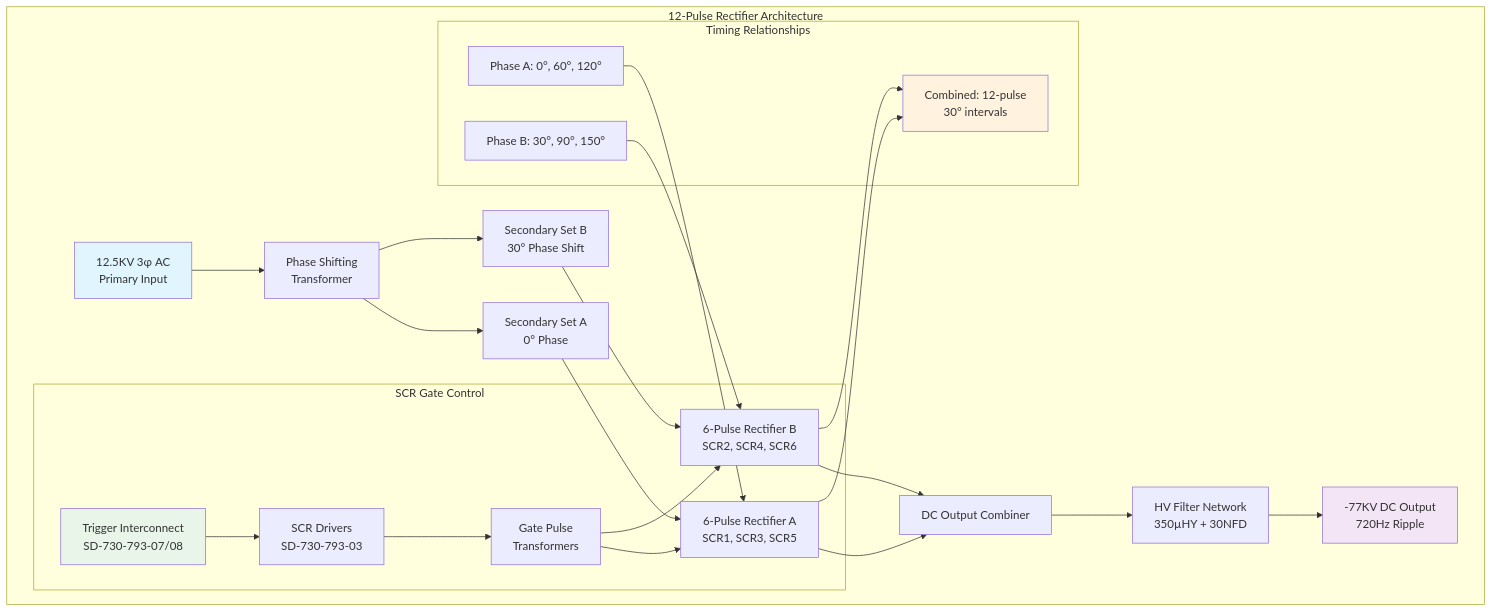
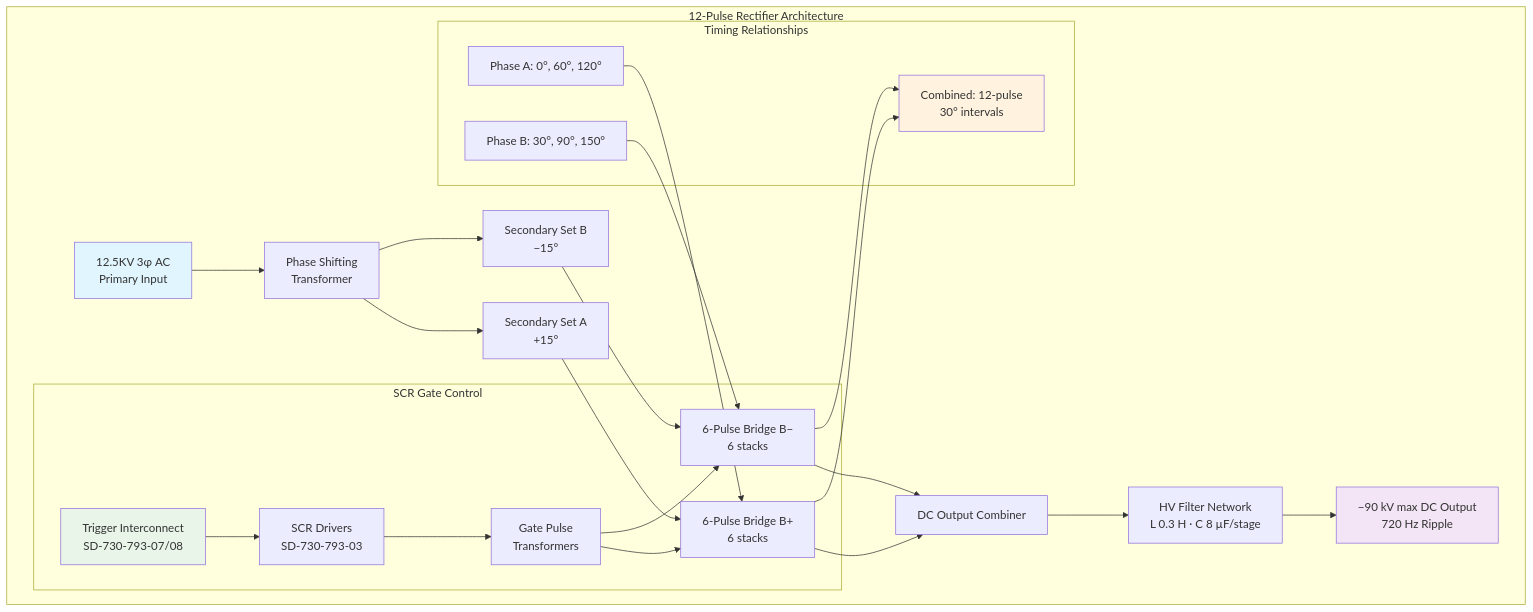
The third of 7 diagrams in hvps/documentation/schematics/technical_notes/00_HVPS_SYSTEM_OVERVIEW.md (fayaw/spearlegacyLLRF), drawn with Mermaid before and after one commit. The commit also changed other lines of this file and 141 other files, not shown here.

````diff
--- a/hvps/documentation/schematics/technical_notes/00_HVPS_SYSTEM_OVERVIEW.md
+++ b/hvps/documentation/schematics/technical_notes/00_HVPS_SYSTEM_OVERVIEW.md
@@ -204,45 +249,45 @@
 ```mermaid
 graph TD
     subgraph "12-Pulse Rectifier Architecture"
         A[12.5KV 3φ AC<br/>Primary Input] --> B[Phase Shifting<br/>Transformer]
         
-        B --> C[Secondary Set A<br/>0° Phase]
-        B --> D[Secondary Set B<br/>30° Phase Shift]
+        B --> C[Secondary Set A<br/>+15°]
+        B --> D[Secondary Set B<br/>−15°]
         
-        C --> E[6-Pulse Rectifier A<br/>SCR1, SCR3, SCR5]
-        D --> F[6-Pulse Rectifier B<br/>SCR2, SCR4, SCR6]
+        C --> E[6-Pulse Bridge B+<br/>6 stacks]
+        D --> F[6-Pulse Bridge B−<br/>6 stacks]
         
         E --> G[DC Output Combiner]
         F --> G
         
-        G --> H[HV Filter Network<br/>350µHY + 30NFD]
-        H --> I[-77KV DC Output<br/>720Hz Ripple]
+        G --> H[HV Filter Network<br/>L 0.3 H · C 8 µF/stage]
+        H --> I[−90 kV max DC Output<br/>720 Hz Ripple]
         
         subgraph "SCR Gate Control"
             J[Trigger Interconnect<br/>SD-730-793-07/08]
             K[SCR Drivers<br/>SD-730-793-03]
             L[Gate Pulse<br/>Transformers]
             
             J --> K
             K --> L
             L --> E
             L --> F
         end
         
         subgraph "Timing Relationships"
             M[Phase A: 0°, 60°, 120°]
             N[Phase B: 30°, 90°, 150°]
             O[Combined: 12-pulse<br/>30° intervals]
             
             M --> E
             N --> F
             E --> O
             F --> O
         end
     end
     
     style A fill:#e1f5fe
     style I fill:#f3e5f5
     style J fill:#e8f5e8
     style O fill:#fff3e0
 ```
````
